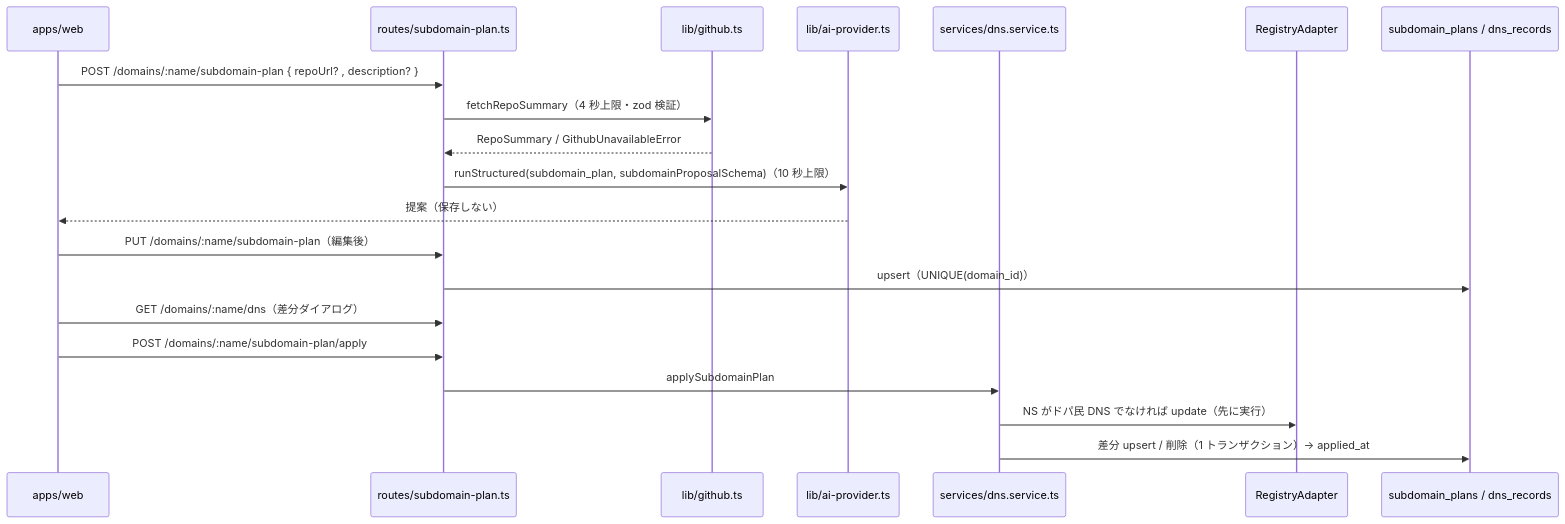
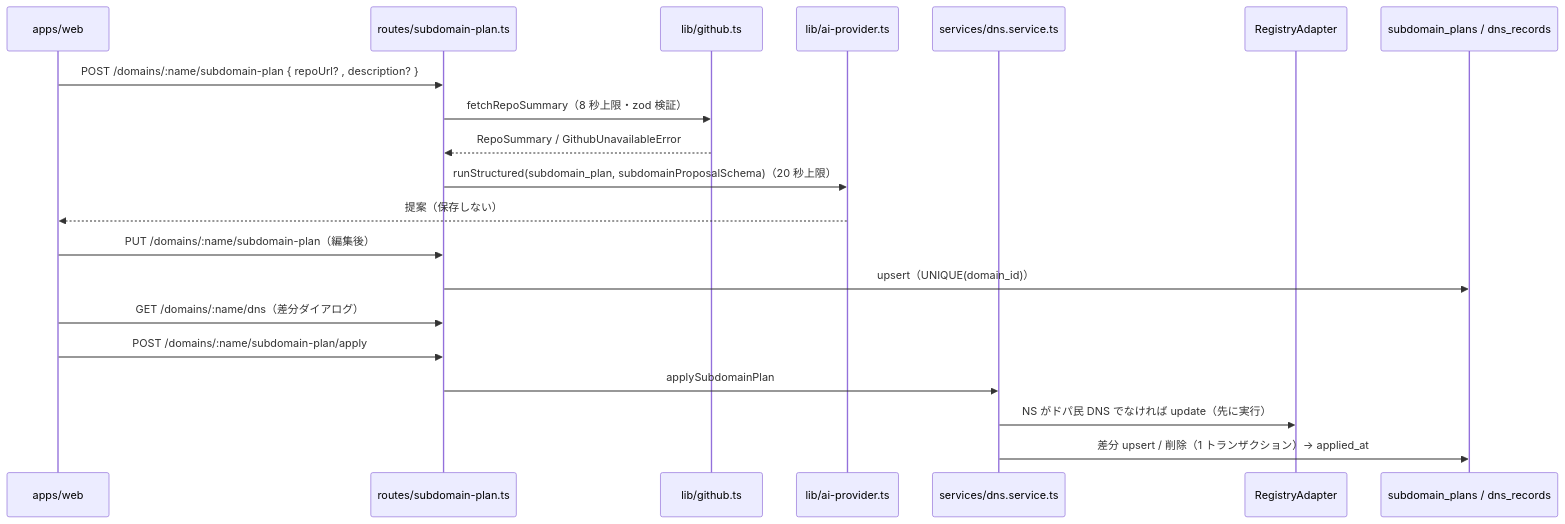
The diagram in docs/specs/subdomain-plan.md (GMO-26-teamb/dopamin-com), drawn with Mermaid before and after one commit. The commit also changed other lines of this file and 18 other files, not shown here.

````diff
--- a/docs/specs/subdomain-plan.md
+++ b/docs/specs/subdomain-plan.md
@@ -32,23 +32,23 @@
 ```mermaid
 sequenceDiagram
   participant W as apps/web
   participant R as routes/subdomain-plan.ts
   participant G as lib/github.ts
   participant AI as lib/ai-provider.ts
   participant D as services/dns.service.ts
   participant REG as RegistryAdapter
   participant DB as subdomain_plans / dns_records
 
   W->>R: POST /domains/:name/subdomain-plan { repoUrl? , description? }
-  R->>G: fetchRepoSummary（4 秒上限・zod 検証）
+  R->>G: fetchRepoSummary（8 秒上限・zod 検証）
   G-->>R: RepoSummary / GithubUnavailableError
-  R->>AI: runStructured(subdomain_plan, subdomainProposalSchema)（10 秒上限）
+  R->>AI: runStructured(subdomain_plan, subdomainProposalSchema)（20 秒上限）
   AI-->>W: 提案（保存しない）
   W->>R: PUT /domains/:name/subdomain-plan（編集後）
   R->>DB: upsert（UNIQUE(domain_id)）
   W->>R: GET /domains/:name/dns（差分ダイアログ）
   W->>R: POST /domains/:name/subdomain-plan/apply
   R->>D: applySubdomainPlan
   D->>REG: NS がドパ民 DNS でなければ update（先に実行）
   D->>DB: 差分 upsert / 削除（1 トランザクション）→ applied_at
 ```
````
